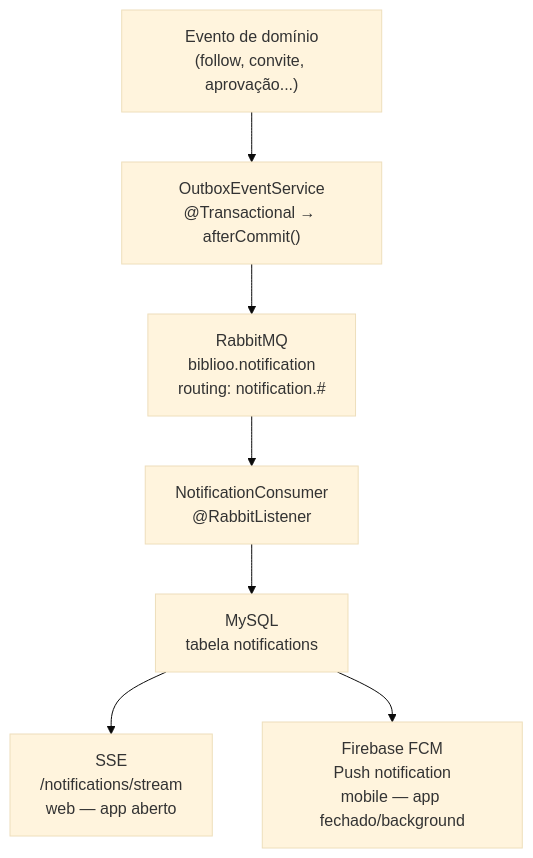
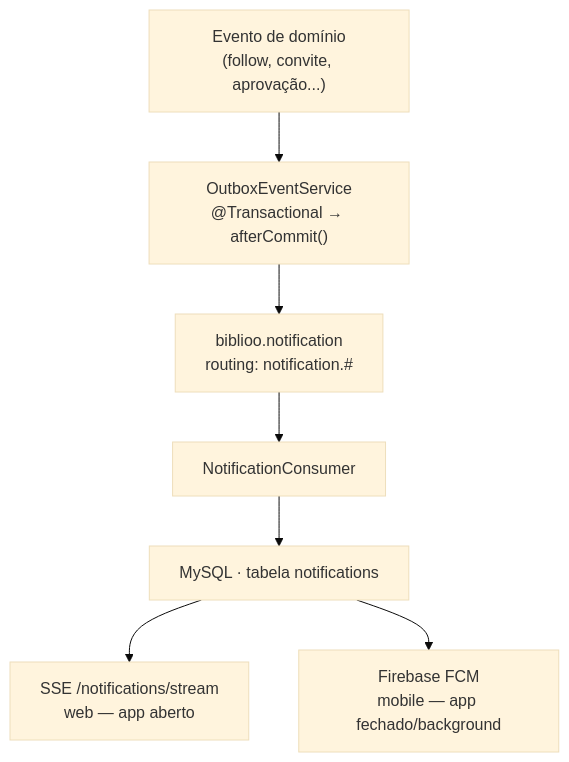
The third of 4 diagrams in code/back/README.md (marcosffp/biblioo), drawn with Mermaid (base theme) before and after one commit. The commit also changed other lines of this file and 9 other files, not shown here.

````diff
--- a/code/back/README.md
+++ b/code/back/README.md
@@ -464,14 +485,14 @@
 ```mermaid
 flowchart TD
     EVENT["Evento de domínio\n(follow, convite, aprovação...)"]
     OUTBOX["OutboxEventService\n@Transactional → afterCommit()"]
-    RMQ["RabbitMQ\nbiblioo.notification\nrouting: notification.#"]
-    CONSUMER["NotificationConsumer\n@RabbitListener"]
-    DB["MySQL\ntabela notifications"]
-    SSE["SSE\n/notifications/stream\nweb — app aberto"]
-    FCM["Firebase FCM\nPush notification\nmobile — app fechado/background"]
+    RMQ["biblioo.notification\nrouting: notification.#"]
+    CONSUMER["NotificationConsumer"]
+    DB["MySQL · tabela notifications"]
+    SSE["SSE /notifications/stream\nweb — app aberto"]
+    FCM["Firebase FCM\nmobile — app fechado/background"]
 
     EVENT --> OUTBOX --> RMQ --> CONSUMER --> DB
     DB --> SSE
     DB --> FCM
 ```
````
